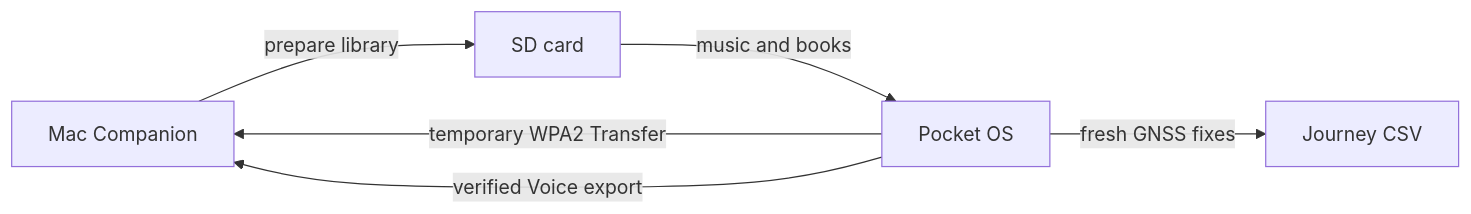
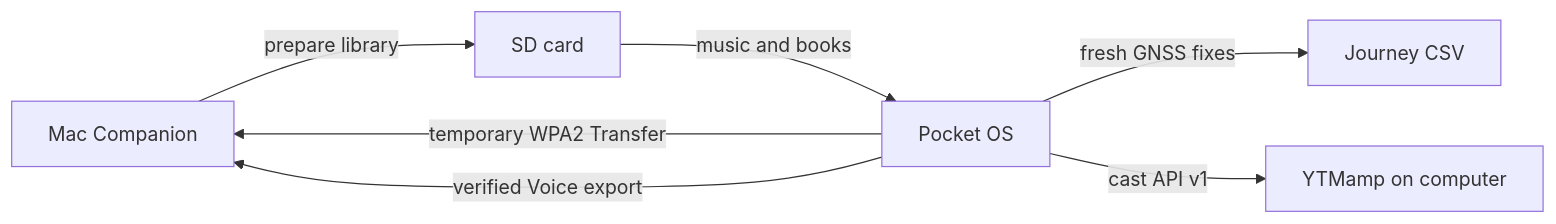
Before and after one commit to markoblogo/Pocket-OS-Cardputer-ABV: the diagram in README.md, drawn with Mermaid. The commit also changed other lines of this file and 7 other files, not shown here.

Commit message:
feat: connect Pocket OS to YTMamp cast API (#13)

````diff
--- a/README.md
+++ b/README.md
@@ -36,8 +37,9 @@
 ```mermaid
 flowchart LR
     Mac[Mac Companion] -->|prepare library| SD[SD card]
     SD -->|music and books| Pocket[Pocket OS]
     Pocket -->|temporary WPA2 Transfer| Mac
     Pocket -->|fresh GNSS fixes| Journey[Journey CSV]
     Pocket -->|verified Voice export| Mac
+    Pocket -->|cast API v1| YTMamp[YTMamp on computer]
 ```
````
